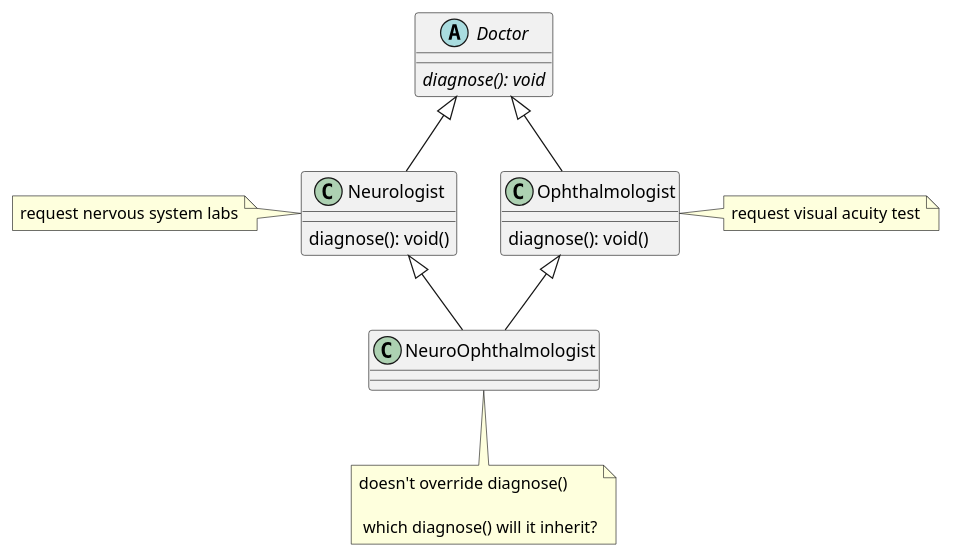
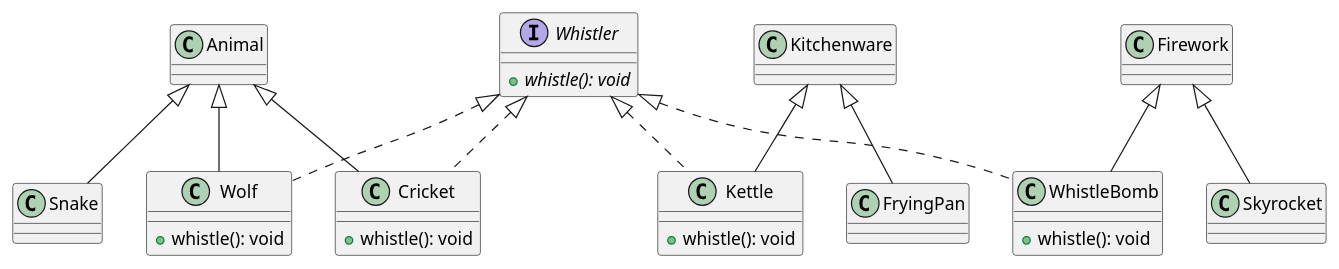
One commit to psse-cpu/se-1223-inheritance-slides changed the diagram in inheritance.plantuml. Above: the diagram before and after it, drawn with PlantUML. The commit also changed 9 other files, not shown here.

```diff
--- a/inheritance.plantuml
+++ b/inheritance.plantuml
@@ -1,28 +1,48 @@
 @startuml "inheritance"
-abstract class Doctor {
-  {abstract} diagnose(): void
+interface Whistler {
+  + {abstract} whistle(): void
 }
 
-class Neurologist {
-  diagnose(): void()
+together {
+  class Animal {}
+  class Wolf {
+    + whistle(): void
+  }
+  class Cricket {
+    + whistle(): void
+  }
+  class Snake {
+  }
 }
 
-note left of Neurologist: request nervous system labs
-
-class Ophthalmologist {
-  diagnose(): void()
+together {
+  class Kitchenware
+  class FryingPan {}
+  class Kettle {
+    + whistle(): void
+  }
 }
 
-note right of Ophthalmologist: request visual acuity test
-
-class NeuroOphthalmologist {
-
+together {
+  class Firework {}
+  class WhistleBomb {
+    + whistle(): void
+  }
+  class Skyrocket {}
 }
 
-note bottom of NeuroOphthalmologist: doesn't override diagnose()\n\n which diagnose() will it inherit?
+Animal <|-- Wolf
+Animal <|-- Cricket
+Animal <|-- Snake
 
-Doctor <|-- Neurologist
-Doctor <|-- Ophthalmologist
-Neurologist <|-- NeuroOphthalmologist
-Ophthalmologist <|-- NeuroOphthalmologist
+Kitchenware <|-- FryingPan
+Kitchenware <|-- Kettle
+
+Whistler <|.. Wolf
+Whistler <|.. Cricket
+Whistler <|.. Kettle
+Whistler <|.. WhistleBomb
+
+Firework <|-- WhistleBomb
+Firework <|-- Skyrocket
 @enduml
```
